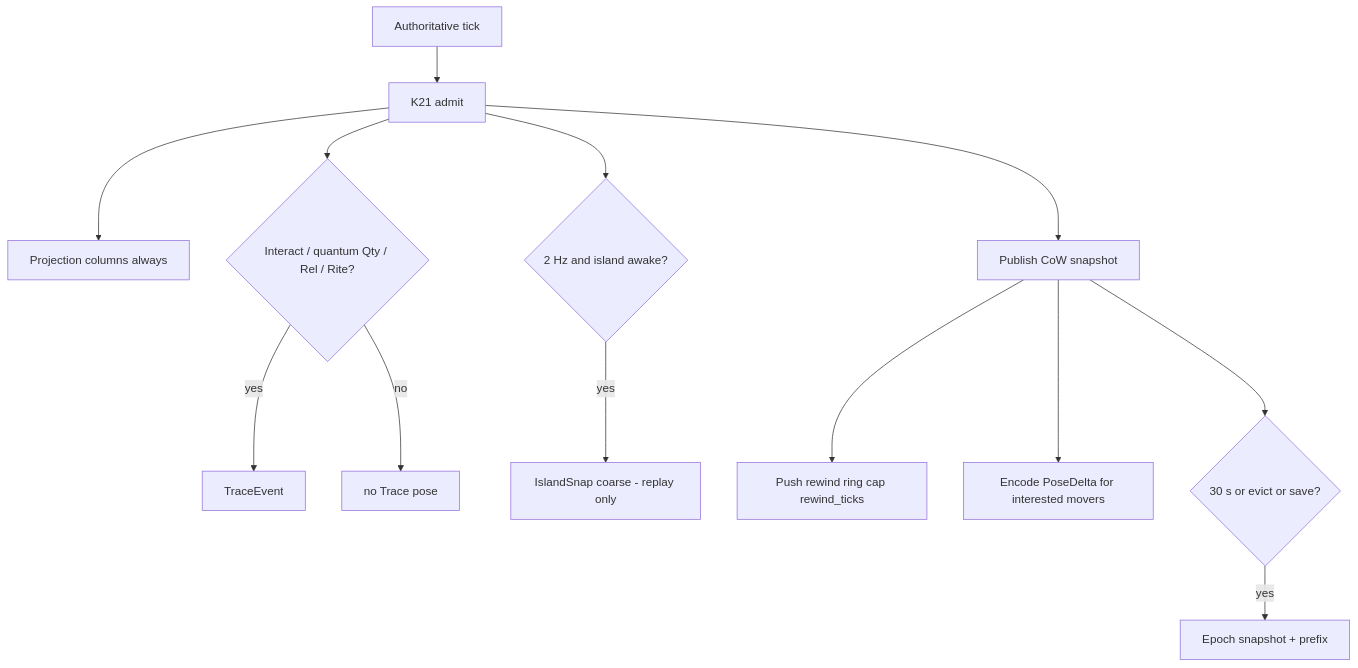
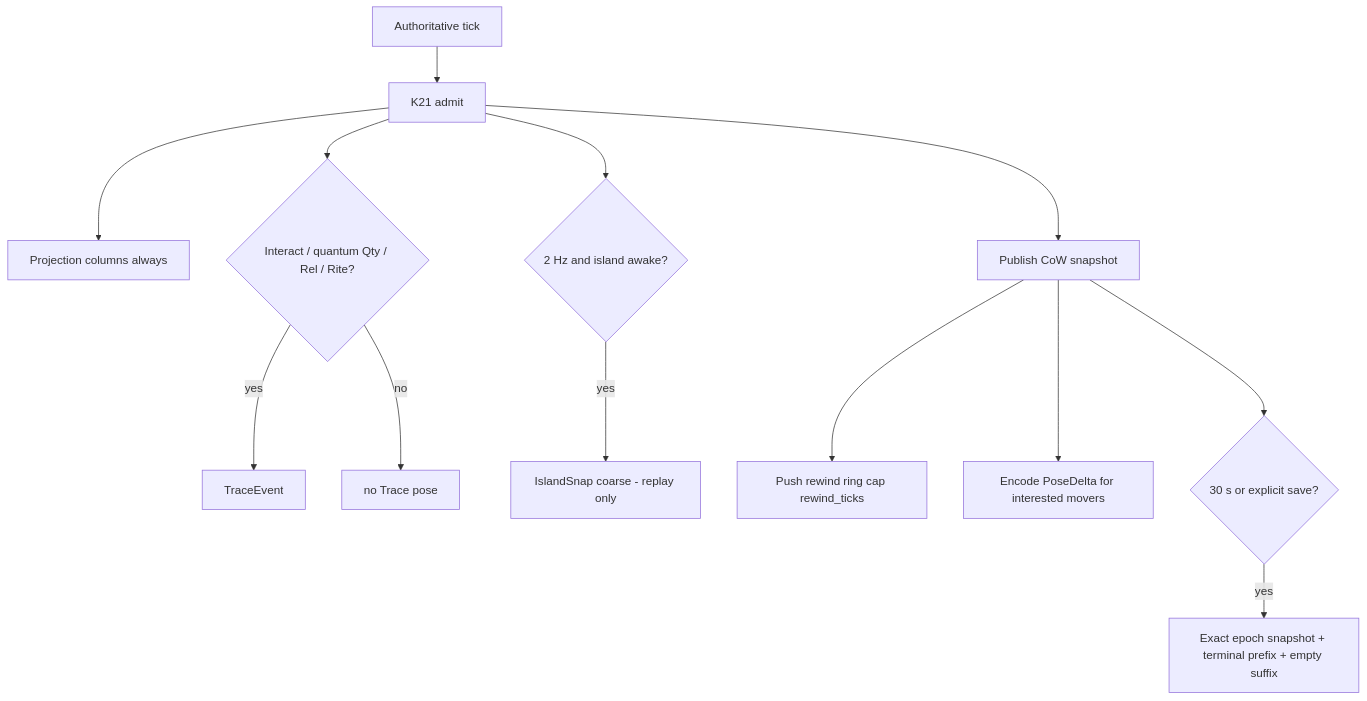
The fifth of 7 diagrams in docs/hld-aaa.md (galkatz373/klotho), drawn with Mermaid before and after one commit. The commit also changed other lines of this file and 24 other files, not shown here.

````diff
--- a/docs/hld-aaa.md
+++ b/docs/hld-aaa.md
@@ -721,15 +722,15 @@
 ```mermaid
 flowchart TB
   Tick[Authoritative tick] --> Admit[K21 admit]
   Admit --> Proj[Projection columns always]
   Admit --> Interact{Interact / quantum Qty / Rel / Rite?}
   Interact -->|yes| Ev[TraceEvent]
   Interact -->|no| Skip[no Trace pose]
   Admit --> Coarse{2 Hz and island awake?}
   Coarse -->|yes| IS[IslandSnap coarse - replay only]
   Admit --> Pub[Publish CoW snapshot]
   Pub --> Ring[Push rewind ring cap rewind_ticks]
   Pub --> Pose[Encode PoseDelta for interested movers]
-  Pub --> Epoch{30 s or evict or save?}
-  Epoch -->|yes| ES[Epoch snapshot + prefix]
+  Pub --> Epoch{30 s or explicit save?}
+  Epoch -->|yes| ES[Exact epoch snapshot + terminal prefix + empty suffix]
 ```
````
